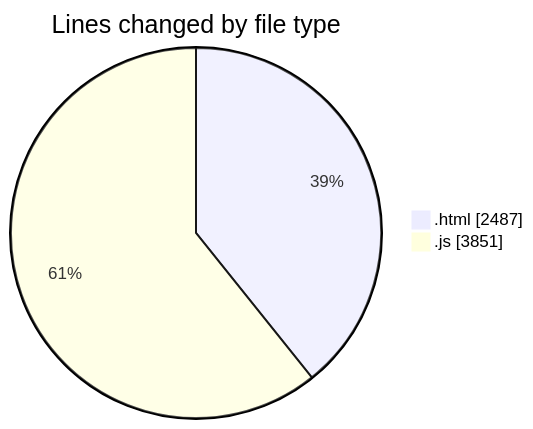
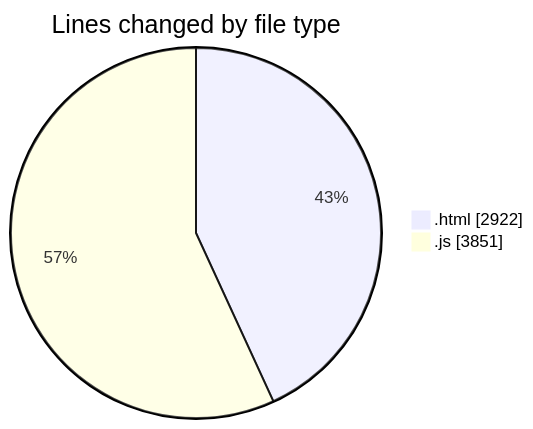
One commit to becaeroporto-bot/code-tracking changed the first of 2 diagrams in 2026-02-19/bot_v1_2/README.md. Above: the diagram before and after it, drawn with Mermaid. The commit also changed other lines of this file and 1 other file, not shown here.

````diff
--- a/2026-02-19/bot_v1_2/README.md
+++ b/2026-02-19/bot_v1_2/README.md
@@ -28,6 +28,6 @@
 ```mermaid
 pie showData
 title Lines changed by file type
-".html" : 2487
+".html" : 2922
 ".js" : 3851
 ```
````
